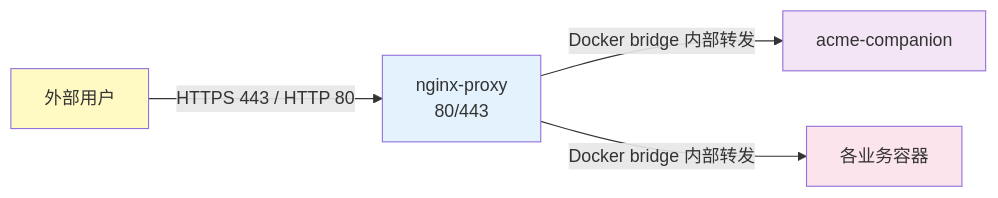
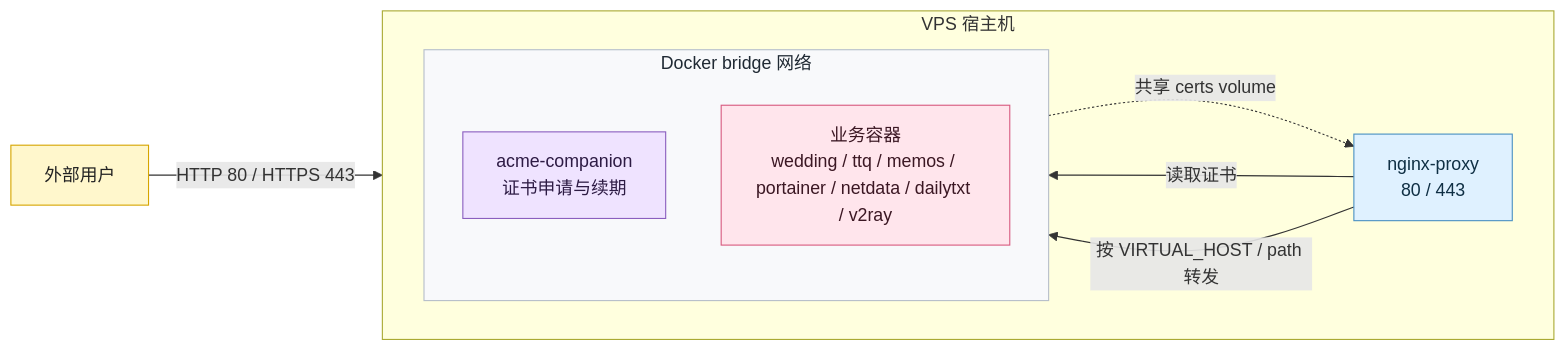
The first of 10 diagrams in _ai/2026-06-08-vps-docker-panorama-v2ray-v4-to-v5-upgrade.md (puppylpg/puppylpg.github.io), drawn with Mermaid before and after one commit. The commit also changed other lines of this file, not shown here.

Commit message:
docs: optimize Mermaid diagrams for VPS Docker overview

````diff
--- a/_ai/2026-06-08-vps-docker-panorama-v2ray-v4-to-v5-upgrade.md
+++ b/_ai/2026-06-08-vps-docker-panorama-v2ray-v4-to-v5-upgrade.md
@@ -22,11 +22,31 @@
 ```mermaid
 flowchart LR
-    A[外部用户] -->|HTTPS 443 / HTTP 80| B[nginx-proxy<br/>80/443]
-    B -->|Docker bridge 内部转发| C[acme-companion]
-    B -->|Docker bridge 内部转发| D[各业务容器]
+    users[外部用户]
 
-    style A fill:#fff9c4
-    style B fill:#e3f2fd
-    style C fill:#f3e5f5
-    style D fill:#fce4ec
+    subgraph host[VPS 宿主机]
+        direction LR
+        proxy[nginx-proxy<br/>80 / 443]
+
+        subgraph docker[Docker bridge 网络]
+            direction TB
+            acme[acme-companion<br/>证书申请与续期]
+            apps[业务容器<br/>wedding / ttq / memos / portainer / netdata / dailytxt / v2ray]
+        end
+    end
+
+    users -->|HTTP 80 / HTTPS 443| proxy
+    proxy -->|读取证书| acme
+    proxy -->|按 VIRTUAL_HOST / path 转发| apps
+    acme -. 共享 certs volume .-> proxy
+
+    classDef user fill:#fff7cc,stroke:#d6a500,color:#222;
+    classDef gateway fill:#dff1ff,stroke:#4a90c2,color:#0f2f44;
+    classDef docker fill:#f8f9fb,stroke:#b6beca,color:#1f2933;
+    classDef cert fill:#efe3ff,stroke:#8b5fbf,color:#2d1b44;
+    classDef app fill:#ffe5ec,stroke:#d85a7f,color:#3b1723;
+    class users user;
+    class proxy gateway;
+    class docker docker;
+    class acme cert;
+    class apps app;
 ```
````
